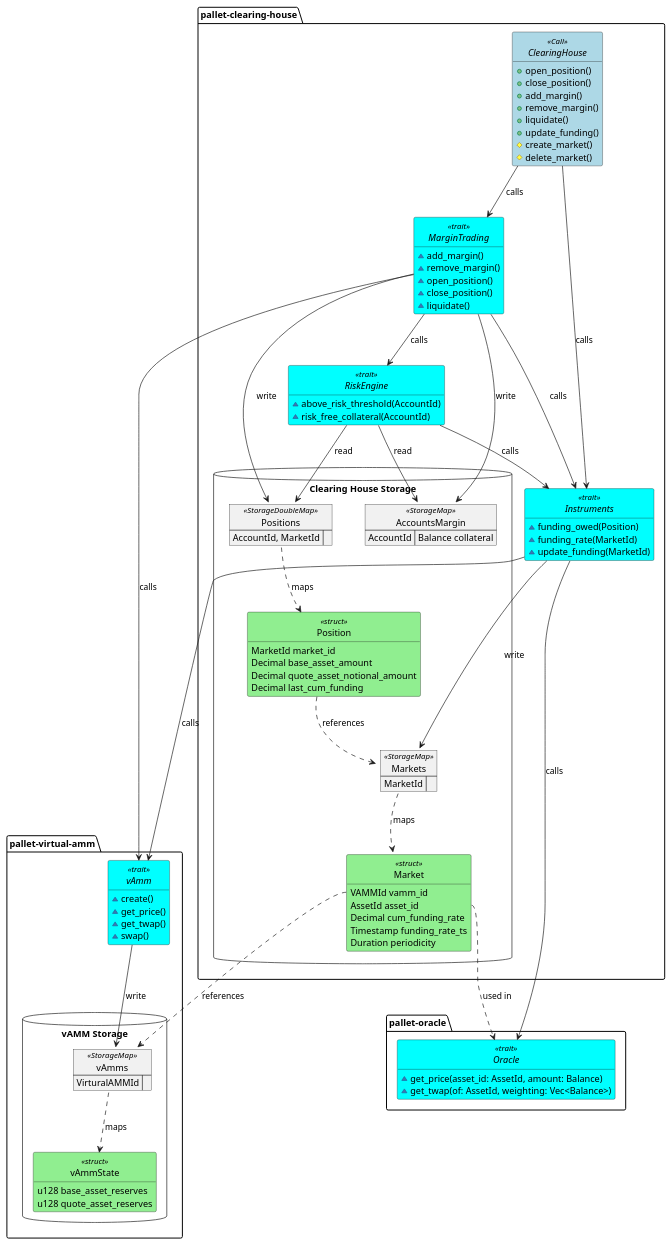
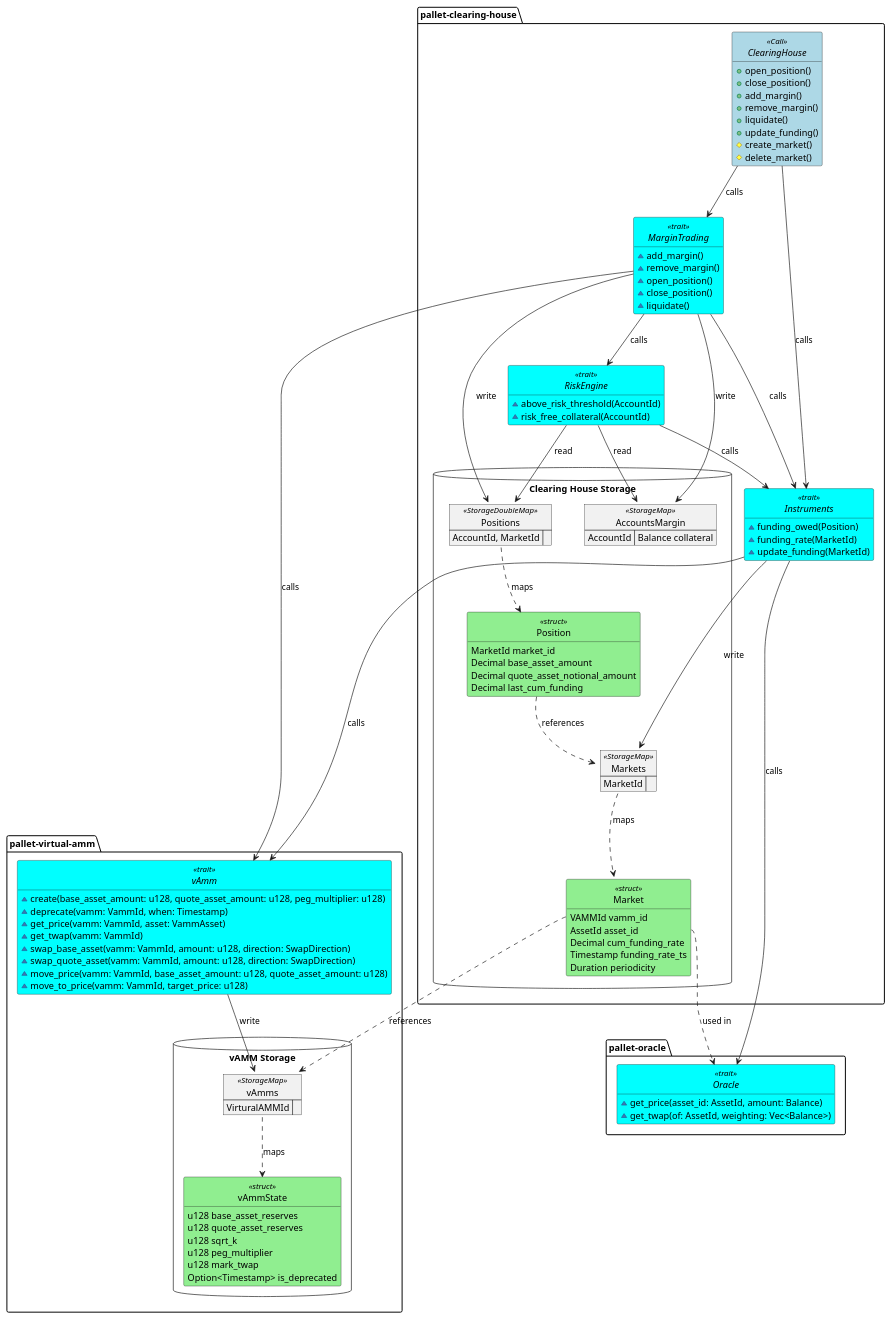
One commit to ComposableFi/composable changed the diagram in frame/clearing-house/clearing-house.plantuml. Above: the diagram before and after it, drawn with PlantUML.

Commit message:
docs(vamm): Expand vamm's diagram architecture

```diff
--- a/frame/clearing-house/clearing-house.plantuml
+++ b/frame/clearing-house/clearing-house.plantuml
@@ -1,152 +1,160 @@
 @startuml clearing-house
 
 <style>
 .struct {
     BackgroundColor LightGreen
 }
 .Call {
     BackgroundColor LightBlue
 }
 .trait {
     BackgroundColor Cyan
 }
 </style>
 
 package "pallet-clearing-house" {
     interface ClearingHouse <<Call>> {
         + open_position()
         + close_position()
         + add_margin()
         + remove_margin()
         + liquidate()
         + update_funding()
         # create_market()
         # delete_market()
     }
     
     interface "MarginTrading" as MTTrait <<trait>> {
         ~ add_margin()
         ~ remove_margin()
         ~ open_position()
         ~ close_position()
         ~ liquidate()
     }
     
     interface "RiskEngine" as RETrait <<trait>> {
         ~ above_risk_threshold(AccountId)
         ~ risk_free_collateral(AccountId)
         '~ get_margin_ratio()
         '~ get_free_collateral()
     }
     
     interface "Instruments" as ITrait <<trait>> {
         ~ funding_owed(Position)
         ~ funding_rate(MarketId)
         ~ update_funding(MarketId)
     }
 
     database "Clearing House Storage" {
         map "AccountsMargin" as MarginAccounts <<StorageMap>> {
             AccountId => Balance collateral
         }
 
         map Positions <<StorageDoubleMap>> {
             AccountId, MarketId =>
         }
 
         map Markets <<StorageMap>> {
             MarketId =>
         }
 
         class Position <<struct>> {
             MarketId market_id
             Decimal base_asset_amount
             Decimal quote_asset_notional_amount
             Decimal last_cum_funding
         }
 
         class Market <<struct>> {
             VAMMId vamm_id
             AssetId asset_id
             Decimal cum_funding_rate
             Timestamp funding_rate_ts
             Duration periodicity
         }
     }
 }
 
 package "pallet-virtual-amm" {
     interface vAmm <<trait>> {
-        ~ create()
-        ~ get_price()
-        ~ get_twap()
-        ~ swap()
+        ~ create(base_asset_amount: u128, quote_asset_amount: u128, peg_multiplier: u128)
+        ~ deprecate(vamm: VammId, when: Timestamp)
+        ~ get_price(vamm: VammId, asset: VammAsset)
+        ~ get_twap(vamm: VammId)
+        ~ swap_base_asset(vamm: VammId, amount: u128, direction: SwapDirection)
+        ~ swap_quote_asset(vamm: VammId, amount: u128, direction: SwapDirection)
+        ~ move_price(vamm: VammId, base_asset_amount: u128, quote_asset_amount: u128)
+        ~ move_to_price(vamm: VammId, target_price: u128)
     }
     database "vAMM Storage" {
         map vAmms <<StorageMap>> {
             VirturalAMMId =>
         }
         class vAmmState <<struct>> {
             u128 base_asset_reserves
             u128 quote_asset_reserves
+            u128 sqrt_k
+            u128 peg_multiplier
+            u128 mark_twap
+            Option<Timestamp> is_deprecated
         }
     }
 }
 
 package "pallet-oracle" {
     interface Oracle <<trait>> {
         ~get_price(asset_id: AssetId, amount: Balance)
         ~get_twap(of: AssetId, weighting: Vec<Balance>)
     }
 }
 
 hide empty members
 hide circle
 
 '================== Storage relationships
 Markets ..> Market : maps
 Market::vamm_id ..> vAmms : references
 Market::asset_id ..> Oracle : used in
 
 Positions ..> Position: maps
 Position ..> Markets : references
 
 '================== Control flow relationships             
 ClearingHouse --> MTTrait : calls
 ClearingHouse --> ITrait : calls
 
 'add_margin
 'remove_margin
 MTTrait --> MarginAccounts : write
 
 'remove_margin
 MTTrait --> RETrait : calls
 
 'open_position
 'close_position
 'liquidate
 MTTrait --> Positions : write
 
 'open_position
 'close_position
 MTTrait --> vAmm : calls
 
 'update_funding
 MTTrait --> ITrait : calls
 
 'update_funding
 ITrait --> Markets : write
 ITrait --> Oracle : calls
 ITrait --> vAmm : calls
 
 'above_risk_threshold
 'risk_free_collateral
 RETrait --> MarginAccounts : read
 RETrait --> Positions : read
 RETrait --> ITrait : calls
 
 'vAMM
 vAmm --> vAmms : write
 vAmms ..> vAmmState : maps
 
 @enduml
```
